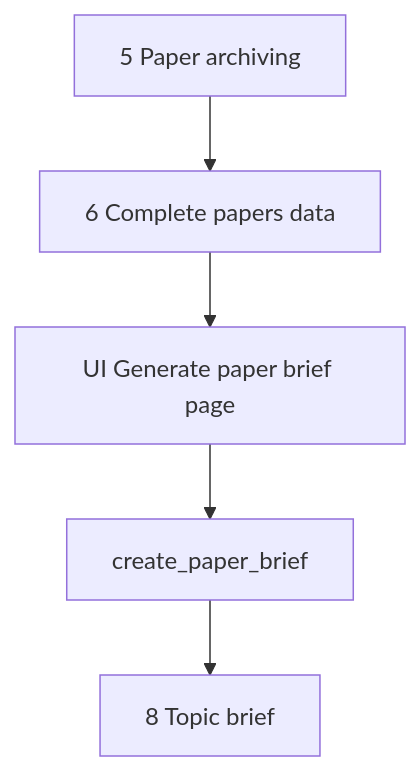
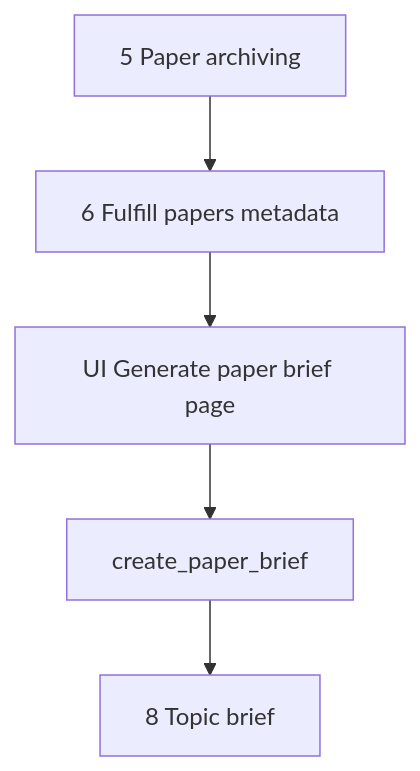
One commit to GustavoRusso/paper-reviewer changed the diagram in docs/specs/07-generate-paper-brief.md. Above: the diagram before and after it, drawn with Mermaid. The commit also changed other lines of this file and 9 other files, not shown here.

Commit message:
Renamed to Fulfill papers metadata across the docs (second commit)

````diff
--- a/docs/specs/07-generate-paper-brief.md
+++ b/docs/specs/07-generate-paper-brief.md
@@ -51,12 +51,12 @@
 ```mermaid
 flowchart TB
   archive[5 Paper archiving]
-  complete[6 Complete papers data]
+  fulfill[6 Fulfill papers metadata]
   ui[UI Generate paper brief page]
   briefJob[create_paper_brief]
   topic[8 Topic brief]
-  archive --> complete
-  complete --> ui
+  archive --> fulfill
+  fulfill --> ui
   ui --> briefJob
   briefJob --> topic
 ```
````
